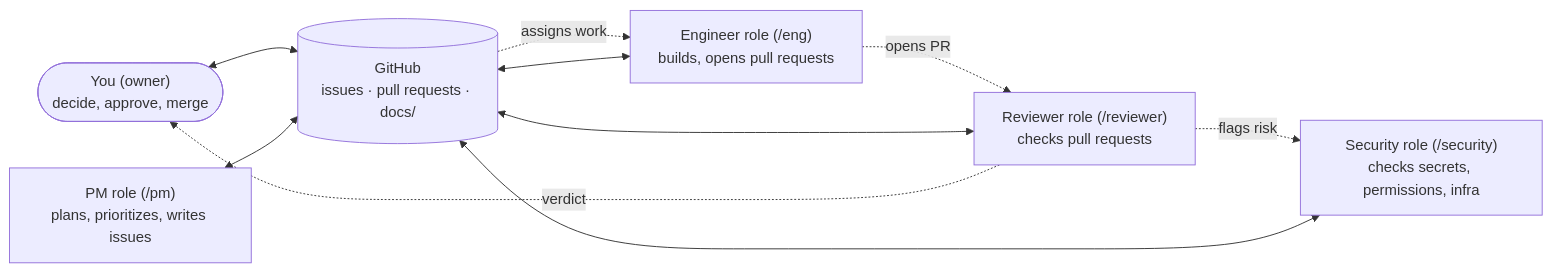
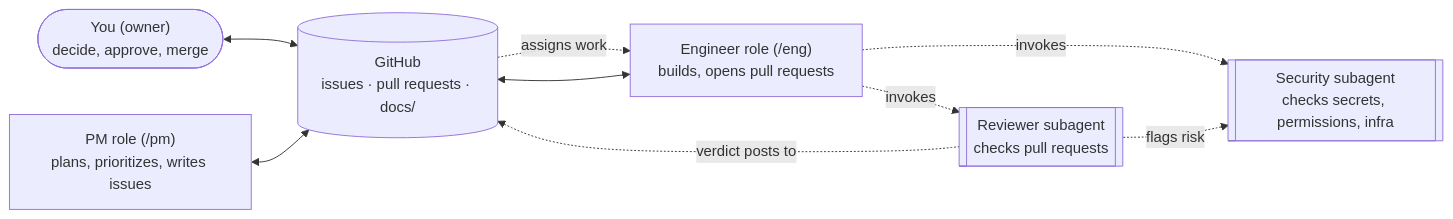
The diagram in handbook/index.md (manoochehri/semilla), drawn with Mermaid before and after one commit. The commit also changed other lines of this file and 5 other files, not shown here.

````diff
--- a/handbook/index.md
+++ b/handbook/index.md
@@ -29,19 +31,18 @@
 ```mermaid
 flowchart LR
     Owner(["You (owner)<br/>decide, approve, merge"])
     PM["PM role (/pm)<br/>plans, prioritizes, writes issues"]
     Engineer["Engineer role (/eng)<br/>builds, opens pull requests"]
-    Reviewer["Reviewer role (/reviewer)<br/>checks pull requests"]
-    Security["Security role (/security)<br/>checks secrets, permissions, infra"]
+    Reviewer[["Reviewer subagent<br/>checks pull requests"]]
+    Security[["Security subagent<br/>checks secrets, permissions, infra"]]
     GitHub[("GitHub<br/>issues · pull requests · docs/")]
 
     Owner <--> GitHub
     PM <--> GitHub
     Engineer <--> GitHub
-    Reviewer <--> GitHub
-    Security <--> GitHub
     GitHub -.->|assigns work| Engineer
-    Engineer -.->|opens PR| Reviewer
+    Engineer -.->|invokes| Reviewer
+    Engineer -.->|invokes| Security
+    Reviewer -.->|verdict posts to| GitHub
     Reviewer -.->|flags risk| Security
-    Reviewer -.->|verdict| Owner
 ```
````
